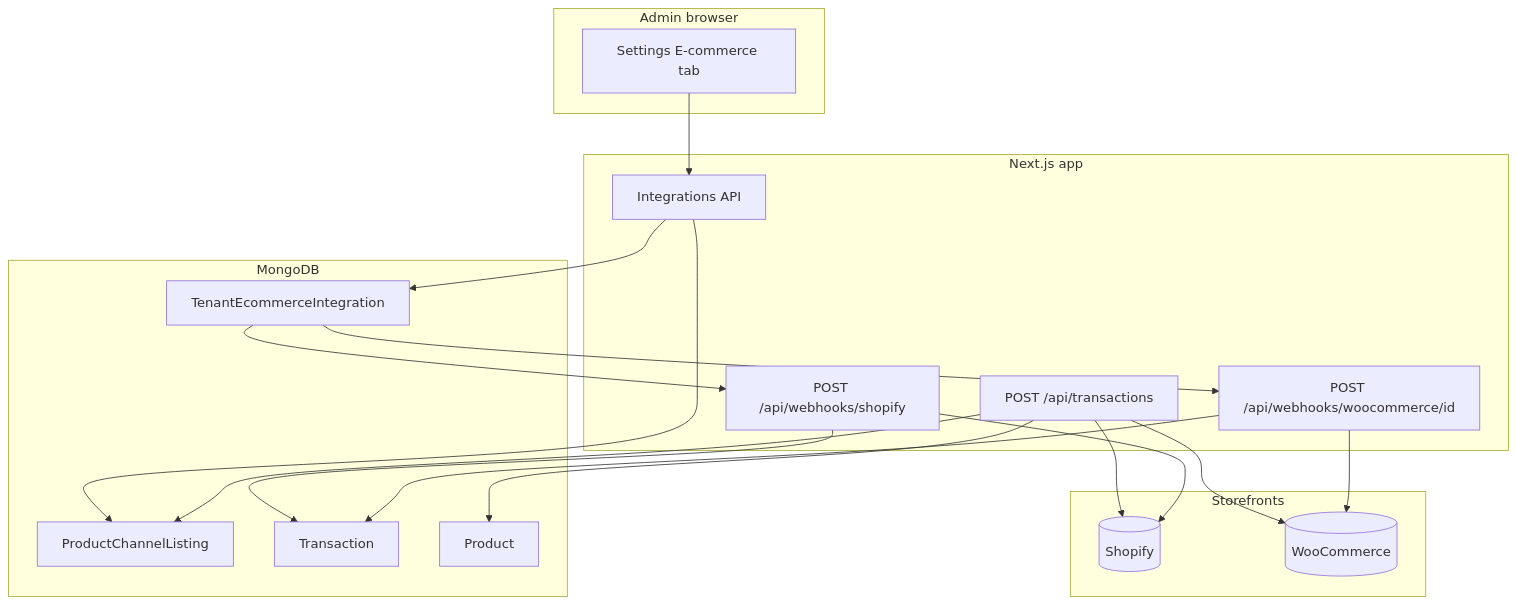
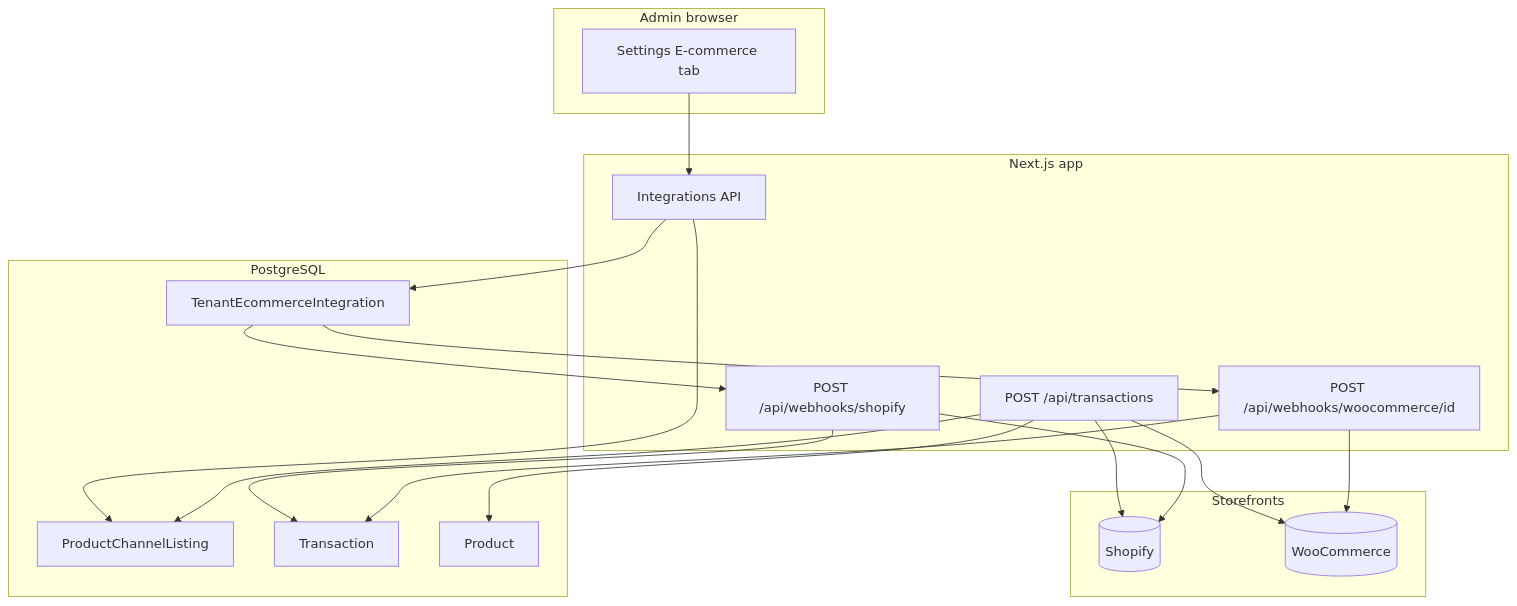
The diagram in docs/ecommerce-integrations.md (randy-rebucas/localpro-pos), drawn with Mermaid before and after one commit. The commit also changed other lines of this file and 17 other files, not shown here.

````diff
--- a/docs/ecommerce-integrations.md
+++ b/docs/ecommerce-integrations.md
@@ -44,36 +44,36 @@
 ```mermaid
 flowchart TB
   subgraph admin [Admin browser]
     SettingsUI[Settings E-commerce tab]
   end
   subgraph next [Next.js app]
     IntAPI[Integrations API]
     TxAPI[POST /api/transactions]
     WebShop[POST /api/webhooks/shopify]
     WebWoo[POST /api/webhooks/woocommerce/id]
   end
-  subgraph mongo [MongoDB]
+  subgraph postgres [PostgreSQL]
     IntDoc[TenantEcommerceIntegration]
     ListDoc[ProductChannelListing]
     TxDoc[Transaction]
     Prod[Product]
   end
   subgraph channels [Storefronts]
     Shopify[(Shopify)]
     Woo[(WooCommerce)]
   end
 
   SettingsUI --> IntAPI
   IntAPI --> IntDoc
   IntAPI --> ListDoc
   TxAPI --> Prod
   TxAPI --> ListDoc
   TxAPI --> Shopify
   TxAPI --> Woo
   WebShop --> Shopify
   WebWoo --> Woo
   WebShop --> TxDoc
   WebWoo --> TxDoc
   IntDoc --> WebShop
   IntDoc --> WebWoo
 ```
````
